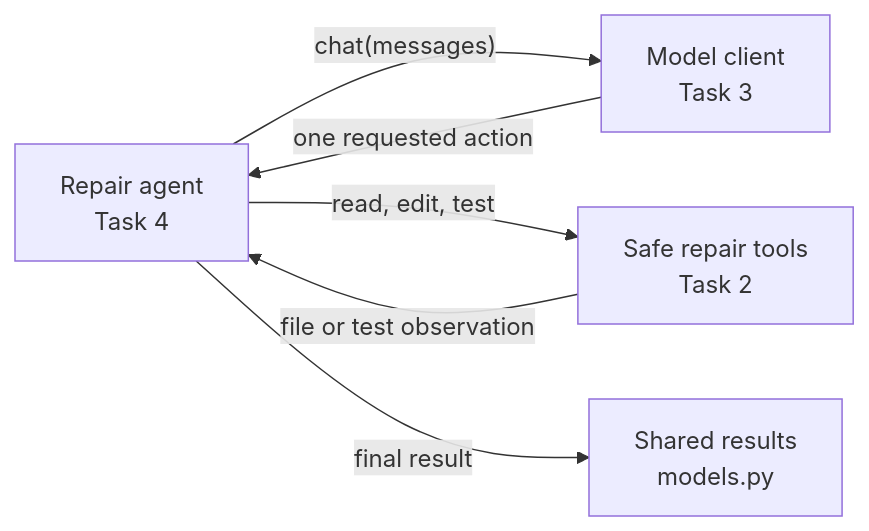
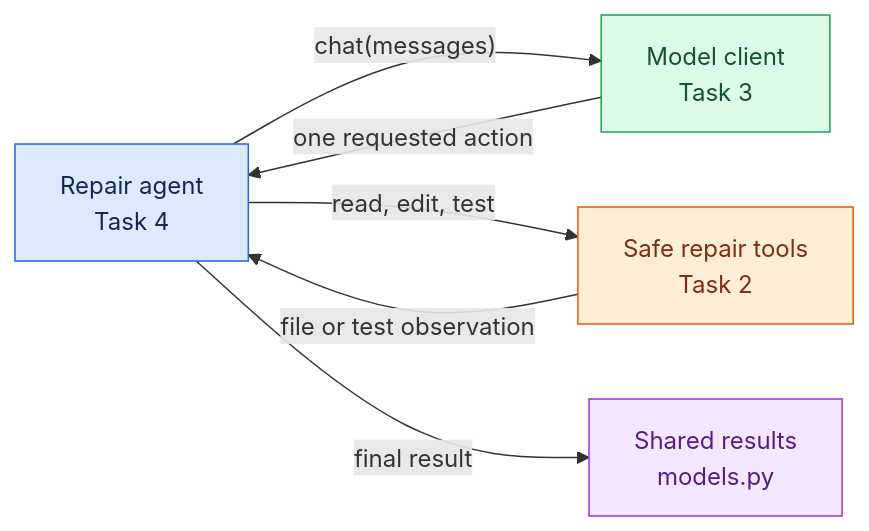
Before and after one commit to ForgettaAnthony/coding-agent-lab: the diagram in tasks/01-core-vocabulary.md, drawn with Mermaid.

Commit message:
docs: colour task workflow nodes

````diff
--- a/tasks/01-core-vocabulary.md
+++ b/tasks/01-core-vocabulary.md
@@ -11,13 +11,23 @@
 ```mermaid
 flowchart LR
     agent["Repair agent\nTask 4"]
     model["Model client\nTask 3"]
     tools["Safe repair tools\nTask 2"]
     results["Shared results\nmodels.py"]
 
     agent -->|"chat(messages)"| model
     model -->|"one requested action"| agent
     agent -->|"read, edit, test"| tools
     tools -->|"file or test observation"| agent
     agent -->|"final result"| results
+
+    classDef repairAgent fill:#dbeafe,stroke:#2563eb,color:#172554
+    classDef modelClient fill:#dcfce7,stroke:#16a34a,color:#14532d
+    classDef repairTools fill:#ffedd5,stroke:#ea580c,color:#7c2d12
+    classDef sharedResults fill:#f3e8ff,stroke:#9333ea,color:#581c87
+
+    class agent repairAgent
+    class model modelClient
+    class tools repairTools
+    class results sharedResults
 ```
````
